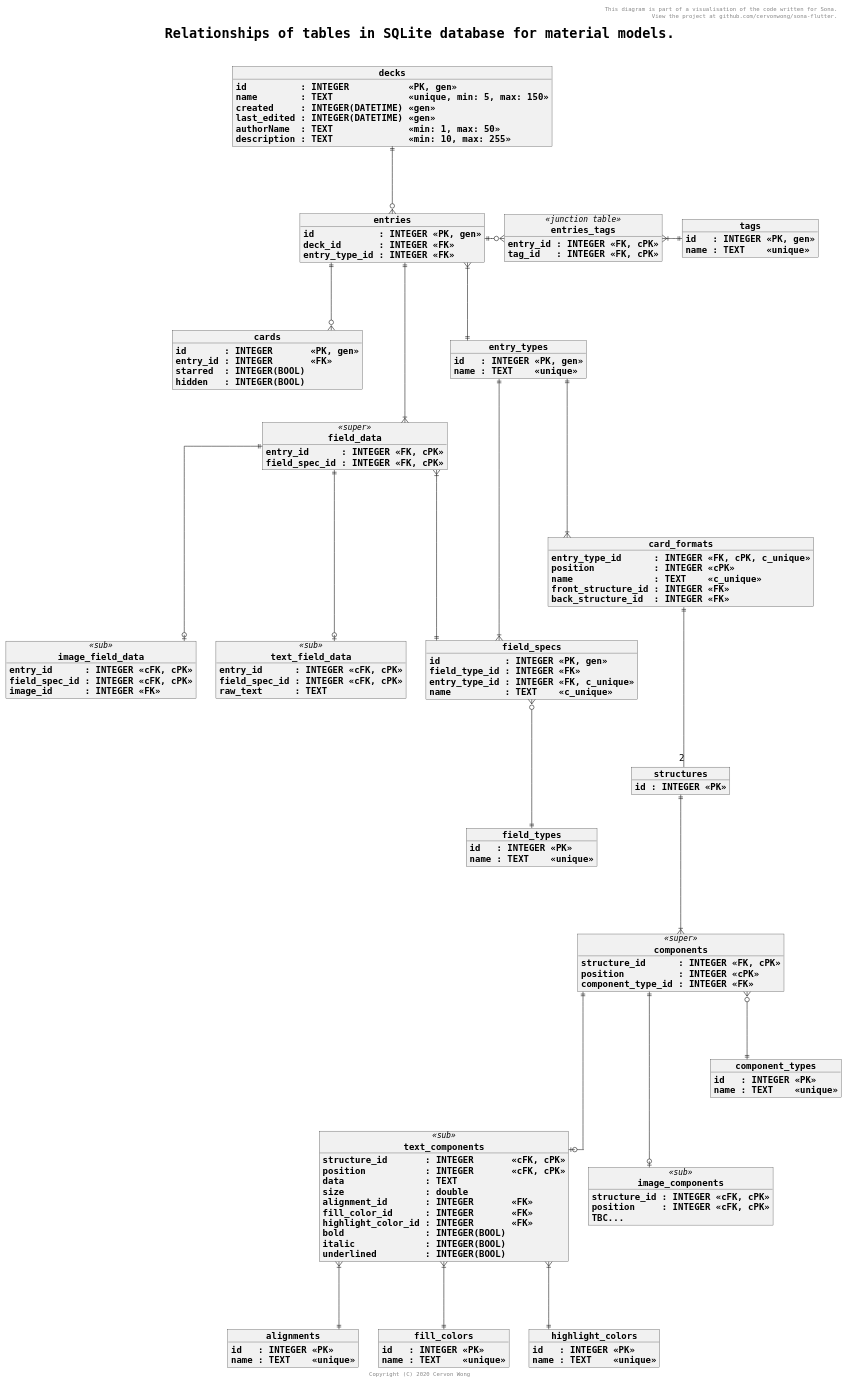
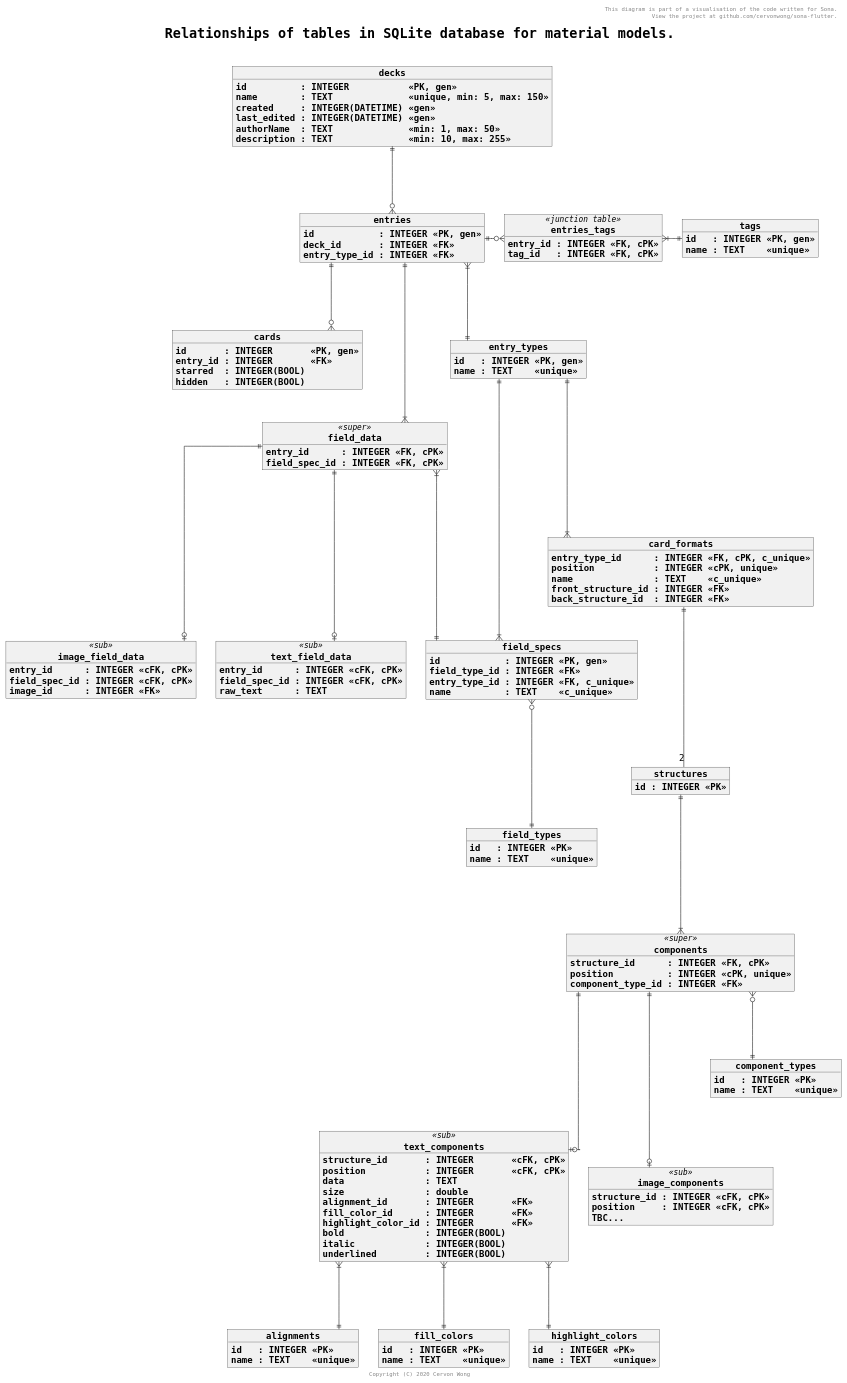
One commit to cervonwong/sona-flutter changed the diagram in puml/material_database.puml. Above: the diagram before and after it, drawn with PlantUML.

Commit message:
Docs(puml): Add unique stereotype to position columns

```diff
--- a/puml/material_database.puml
+++ b/puml/material_database.puml
@@ -1,165 +1,165 @@
 @startuml
 
 skinparam wrapWidth 1000
 skinparam defaultFontName Monospaced
 skinparam objectAttributeFontName Monospaced
 skinparam objectStereotypeFontName Monospaced
 skinparam defaultFontSize 16
 skinparam objectFontSize 16
 skinparam objectStereotypeFontSize 14
 skinparam titleFontSize 24
 skinparam titleFontStyle bold
 skinparam objectFontStyle bold
 skinparam linetype ortho
 skinparam shadowing false
 
 header This diagram is part of a visualisation of the code written for Sona.\n View the project at github.com/cervonwong/sona-flutter.
 title Relationships of tables in SQLite database for material models.\n
 footer Copyright (C) 2020 Cervon Wong
 
 object decks {
 	id          : INTEGER           <<PK, gen>>
 	name        : TEXT              <<unique, min: 5, max: 150>>
 	created     : INTEGER(DATETIME) <<gen>>
 	last_edited : INTEGER(DATETIME) <<gen>>
 	authorName  : TEXT              <<min: 1, max: 50>>
 	description : TEXT              <<min: 10, max: 255>>
 }
 
 object entries {
 	id            : INTEGER <<PK, gen>>
 	deck_id       : INTEGER <<FK>>
 	entry_type_id : INTEGER <<FK>>
 }
 
 object cards {
 	id       : INTEGER       <<PK, gen>>
 	entry_id : INTEGER       <<FK>>
 	starred  : INTEGER(BOOL)
 	hidden   : INTEGER(BOOL)
 }
 
 object tags {
 	id   : INTEGER <<PK, gen>>
 	name : TEXT    <<unique>>
 }
 
 object entries_tags <<junction table>> {
 	entry_id : INTEGER <<FK, cPK>>
 	tag_id   : INTEGER <<FK, cPK>>
 }
 
 object field_specs {
 	id            : INTEGER <<PK, gen>>
 	field_type_id : INTEGER <<FK>>
 	entry_type_id : INTEGER <<FK, c_unique>>
 	name          : TEXT    <<c_unique>>
 }
 
 object field_types {
 	id   : INTEGER <<PK>>
 	name : TEXT    <<unique>>
 }
 
 object field_data <<super>> {
 	entry_id      : INTEGER <<FK, cPK>>
     field_spec_id : INTEGER <<FK, cPK>>
     ' Get field_type_id from field_specs table.
 }
 
 object text_field_data <<sub>> {
 	entry_id      : INTEGER <<cFK, cPK>>
     field_spec_id : INTEGER <<cFK, cPK>>
 	raw_text      : TEXT
 }
 
 object image_field_data <<sub>> {
 	entry_id      : INTEGER <<cFK, cPK>>
     field_spec_id : INTEGER <<cFK, cPK>>
 	image_id      : INTEGER <<FK>>
 }
 
 object entry_types {
 	id   : INTEGER <<PK, gen>>
 	name : TEXT    <<unique>>
 }
 
 object card_formats {
 	entry_type_id      : INTEGER <<FK, cPK, c_unique>>
-	position           : INTEGER <<cPK>>
+	position           : INTEGER <<cPK, unique>>
 	name               : TEXT    <<c_unique>>
 	front_structure_id : INTEGER <<FK>>
 	back_structure_id  : INTEGER <<FK>>
 }
 
 object structures {
 	id : INTEGER <<PK>>
 }
 
 object components <<super>> {
 	structure_id      : INTEGER <<FK, cPK>>
-	position          : INTEGER <<cPK>>
+	position          : INTEGER <<cPK, unique>>
 	component_type_id : INTEGER <<FK>>
 }
 
 object text_components <<sub>> {
 	structure_id       : INTEGER       <<cFK, cPK>>
 	position           : INTEGER       <<cFK, cPK>>
 	data               : TEXT
 	size               : double
 	alignment_id       : INTEGER       <<FK>>
 	fill_color_id      : INTEGER       <<FK>>
 	highlight_color_id : INTEGER       <<FK>>
 	bold               : INTEGER(BOOL)
 	italic             : INTEGER(BOOL)
 	underlined         : INTEGER(BOOL)
 }
 
 object alignments {
 	id   : INTEGER <<PK>>
 	name : TEXT    <<unique>>
 }
 
 object fill_colors {
 	id   : INTEGER <<PK>>
 	name : TEXT    <<unique>>
 }
 
 object highlight_colors {
 	id   : INTEGER <<PK>>
 	name : TEXT    <<unique>>
 }
 
 object image_components <<sub>> {
 	structure_id : INTEGER <<cFK, cPK>>
     position     : INTEGER <<cFK, cPK>>
     TBC...
 }
 
 object component_types {
 	id   : INTEGER <<PK>>
 	name : TEXT    <<unique>>
 }
 
 decks           ||---o{    entries
 entries         ||---o{    cards
 entries         ||-o{      entries_tags : \t
 entries_tags    }|-||      tags : \t
 field_specs     }o----||   field_types
 field_data      ||----o|   text_field_data
 field_data      ||----o|   image_field_data
 field_data      }|----||   field_specs
 entries         ||----|{   field_data
 entries         }|---||    entry_types
 entry_types     ||----|{   field_specs
 entry_types     ||----|{   card_formats
 card_formats    ||---- "2" structures
 structures      ||----|{   components
 components      }o---||    component_types
 components      ||----o|   text_components
 components      ||----o|   image_components
 text_components }|---||    alignments
 text_components }|---||    fill_colors
 text_components }|---||    highlight_colors
 
 @enduml
```
